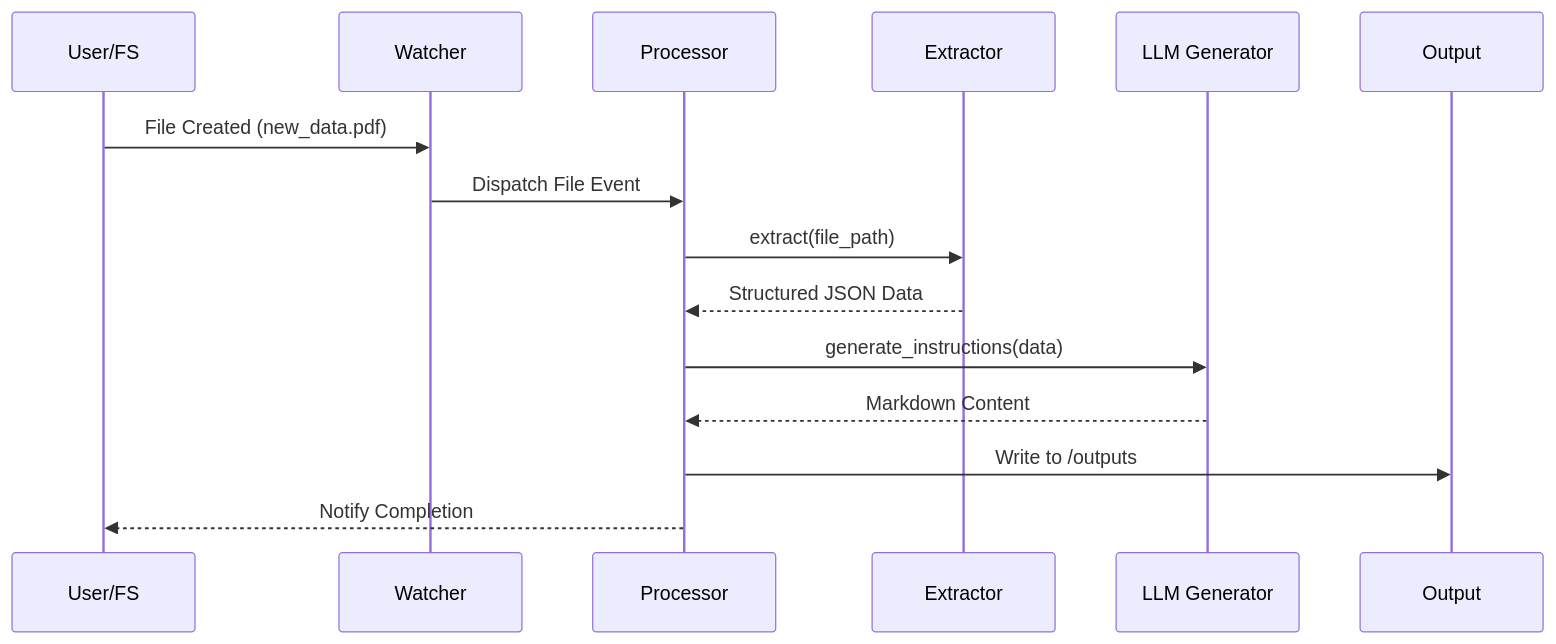
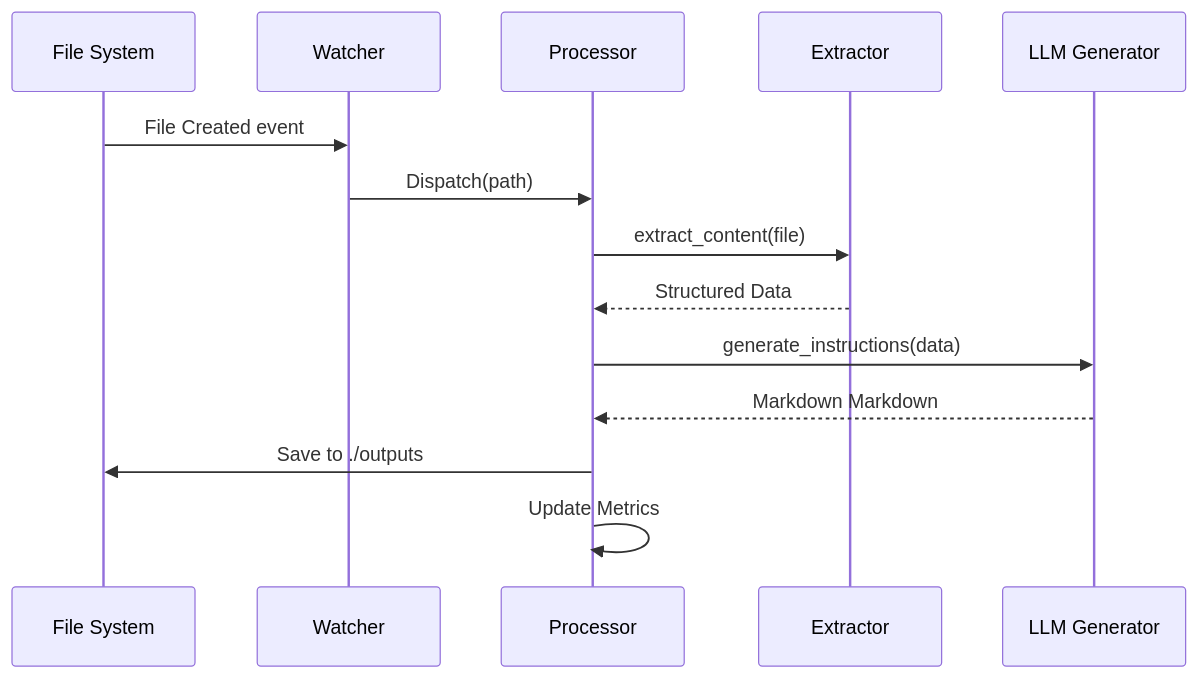
One commit to WomB0ComB0/browser-use changed the second of 3 diagrams in README.md. Above: the diagram before and after it, drawn with Mermaid. The commit also changed other lines of this file, not shown here.

````diff
--- a/README.md
+++ b/README.md
@@ -124,18 +107,17 @@
 ```mermaid
 sequenceDiagram
-    participant U as User/FS
+    participant FS as File System
     participant W as Watcher
     participant P as Processor
     participant E as Extractor
     participant G as LLM Generator
-    participant O as Output
-
-    U->>W: File Created (new_data.pdf)
-    W->>P: Dispatch File Event
-    P->>E: extract(file_path)
-    E-->>P: Structured JSON Data
+    
+    FS->>W: File Created event
+    W->>P: Dispatch(path)
+    P->>E: extract_content(file)
+    E-->>P: Structured Data
     P->>G: generate_instructions(data)
-    G-->>P: Markdown Content
-    P->>O: Write to /outputs
-    P-->>U: Notify Completion
+    G-->>P: Markdown Markdown
+    P->>FS: Save to ./outputs
+    P->>P: Update Metrics
 ```
````
